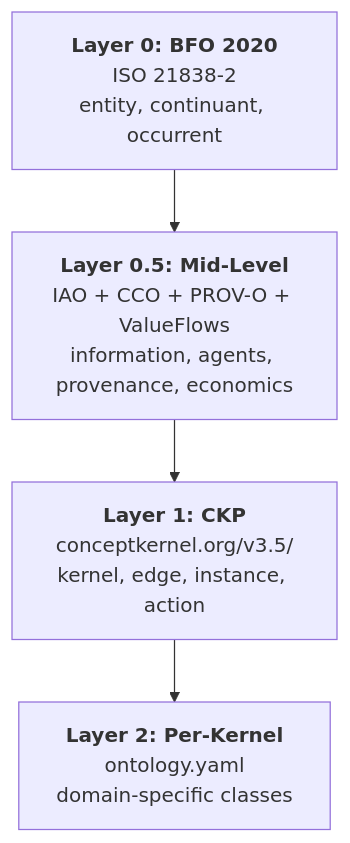
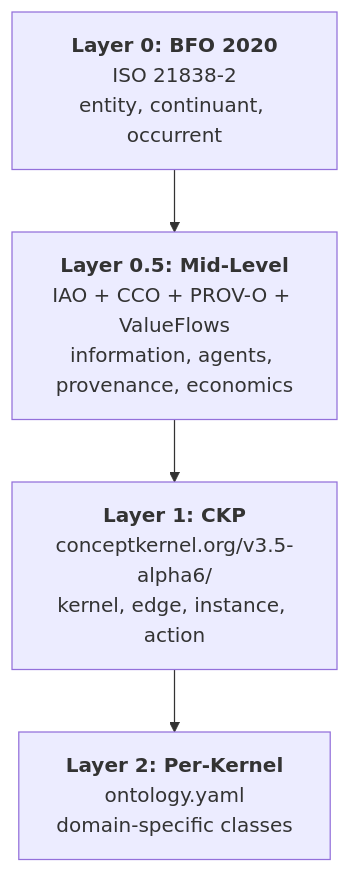
One commit to ConceptKernel/conceptkernel.github.io changed the diagram in docs/v3.5-alpha6/ontology-layering.md. Above: the diagram before and after it, drawn with Mermaid. The commit also changed 25 other files, not shown here.

````diff
--- a/docs/v3.5-alpha6/ontology-layering.md
+++ b/docs/v3.5-alpha6/ontology-layering.md
@@ -10,11 +10,11 @@
 ```mermaid
 graph TD
     L0["<b>Layer 0: BFO 2020</b><br/>ISO 21838-2<br/>entity, continuant, occurrent"]
     L05["<b>Layer 0.5: Mid-Level</b><br/>IAO + CCO + PROV-O + ValueFlows<br/>information, agents, provenance, economics"]
-    L1["<b>Layer 1: CKP</b><br/>conceptkernel.org/v3.5/<br/>kernel, edge, instance, action"]
+    L1["<b>Layer 1: CKP</b><br/>conceptkernel.org/v3.5-alpha6/<br/>kernel, edge, instance, action"]
     L2["<b>Layer 2: Per-Kernel</b><br/>ontology.yaml<br/>domain-specific classes"]
 
     L0 --> L05
     L05 --> L1
     L1 --> L2
 ```
````
